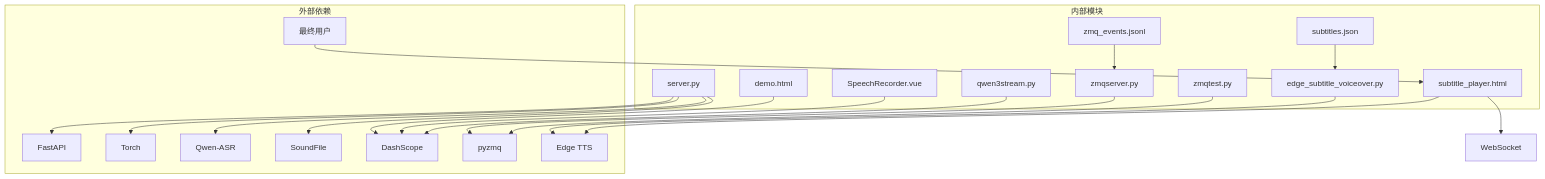
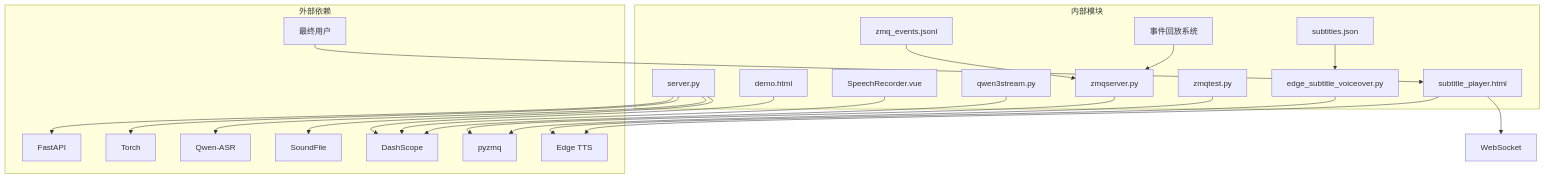
One commit to 1024dashen/Vue3Speech changed diagram 11 of 16 in .qoder/repowiki/zh/content/后端服务架构/WebSocket实时处理.md. Above: the diagram before and after it, drawn with Mermaid. The commit also changed other lines of this file and 15 other files, not shown here.

````diff
--- a/.qoder/repowiki/zh/content/后端服务架构/WebSocket实时处理.md
+++ b/.qoder/repowiki/zh/content/后端服务架构/WebSocket实时处理.md
@@ -750,41 +765,43 @@
 ```mermaid
 graph TB
 subgraph "外部依赖"
 FastAPI[FastAPI]
 Torch[Torch]
 QwenASR[Qwen-ASR]
 SoundFile[SoundFile]
 DashScope[DashScope]
 PyZMQ[pyzmq]
 EdgeTTS[Edge TTS]
 EndUser[最终用户]
 end
 subgraph "内部模块"
 Server[server.py]
 Demo[demo.html]
 SubtitlePlayer[subtitle_player.html]
 Vue[SpeechRecorder.vue]
 Stream[qwen3stream.py]
 ZMQServer[zmqserver.py]
 ZMQTest[zmqtest.py]
 EventFile[zmq_events.jsonl]
+EventReplay[事件回放系统]
 EdgeVoiceover[edge_subtitle_voiceover.py]
 Subtitles[subtitles.json]
 EndUser[最终用户]
 end
 Server --> FastAPI
 Server --> Torch
 Server --> QwenASR
 Server --> SoundFile
 Demo --> DashScope
 Vue --> DashScope
 Stream --> DashScope
 ZMQServer --> PyZMQ
 ZMQTest --> PyZMQ
 EventFile --> ZMQServer
+EventReplay --> ZMQServer
 EdgeVoiceover --> EdgeTTS
 Subtitles --> EdgeVoiceover
 SubtitlePlayer --> WebSocket
 SubtitlePlayer --> EdgeTTS
 EndUser --> SubtitlePlayer
 ```
````
